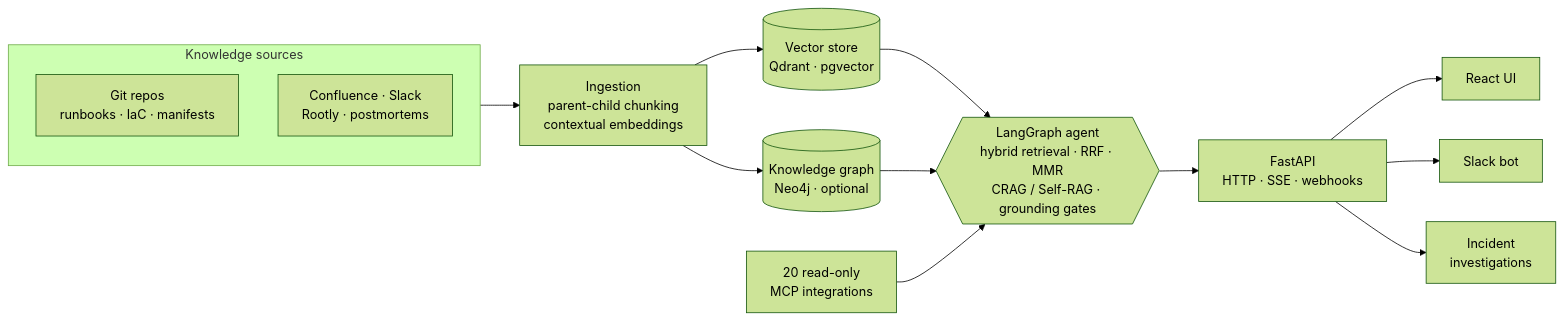
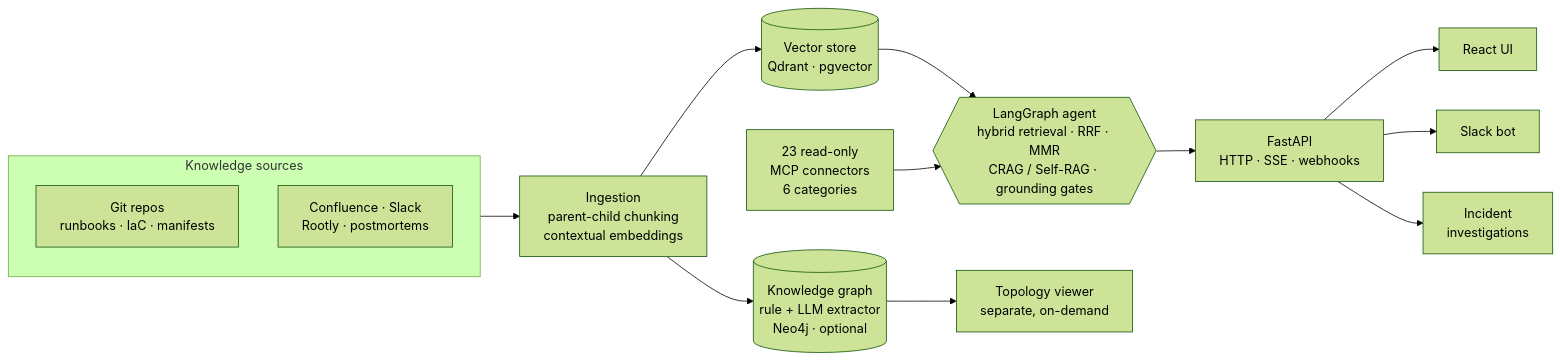
Before and after one commit to dtduc-git/opsrag: the diagram in README.md, drawn with Mermaid (forest theme). The commit also changed other lines of this file and 82 other files, not shown here.

First line of the commit message:
feat(mcp): connector categories + cloudwatch/stackdriver/pagerduty + multi-cluster & auth docs (#14)

````diff
--- a/README.md
+++ b/README.md
@@ -62,23 +63,24 @@
 ```mermaid
 flowchart LR
     subgraph SRC ["Knowledge sources"]
         direction TB
         A[Git repos<br/>runbooks · IaC · manifests]
         B[Confluence · Slack<br/>Rootly · postmortems]
     end
 
     SRC --> ING[Ingestion<br/>parent-child chunking<br/>contextual embeddings]
     ING --> VS[(Vector store<br/>Qdrant · pgvector)]
-    ING --> KG[(Knowledge graph<br/>Neo4j · optional)]
+    ING --> KG[(Knowledge graph<br/>rule + LLM extractor<br/>Neo4j · optional)]
 
     VS --> AGENT
-    KG --> AGENT
-    MCP[20 read-only<br/>MCP integrations] --> AGENT
+    MCP[23 read-only<br/>MCP connectors<br/>6 categories] --> AGENT
 
     AGENT{{LangGraph agent<br/>hybrid retrieval · RRF · MMR<br/>CRAG / Self-RAG · grounding gates}}
+
+    KG --> TOPO[Topology viewer<br/>separate, on-demand]
 
     AGENT --> API[FastAPI<br/>HTTP · SSE · webhooks]
     API --> UI[React UI]
     API --> SLACK[Slack bot]
     API --> INV[Incident<br/>investigations]
 ```
````
